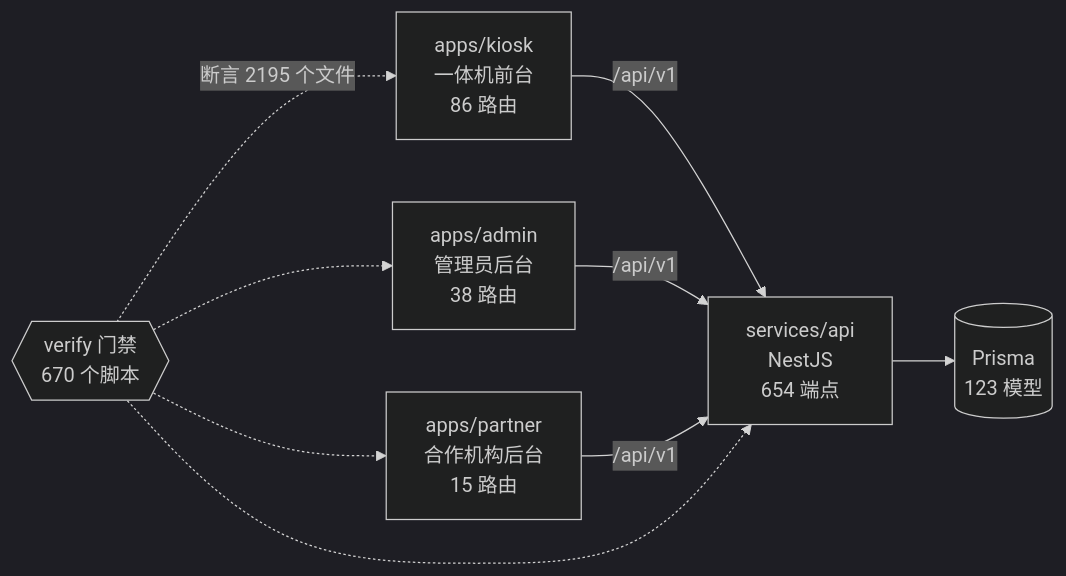
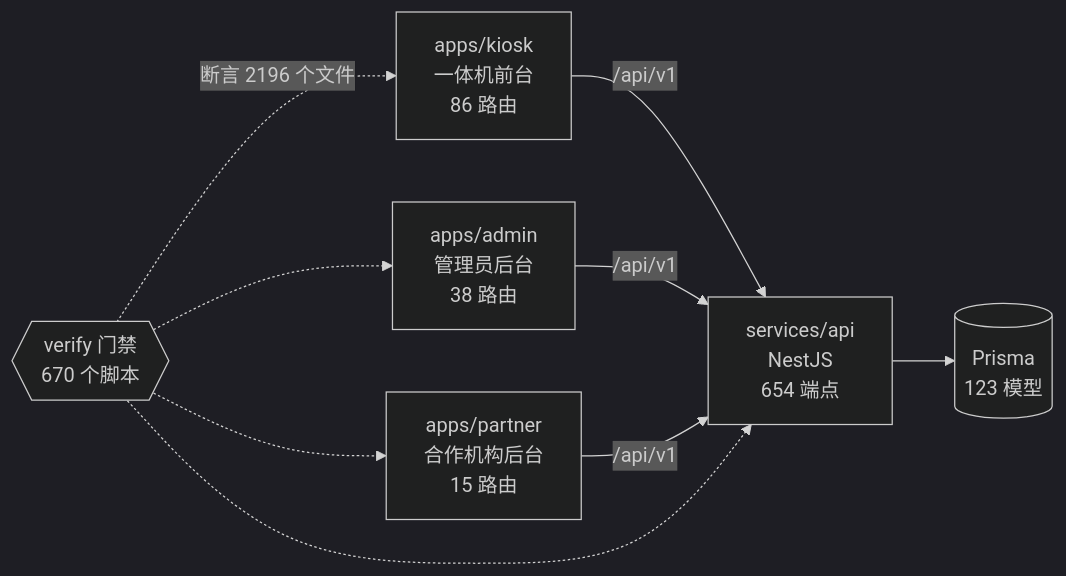
One commit to wanglei581/YITIJI changed the diagram in docs/graph/README.md. Above: the diagram before and after it, drawn with Mermaid (dark theme). The commit also changed other lines of this file and 58 other files, not shown here.

````diff
--- a/docs/graph/README.md
+++ b/docs/graph/README.md
@@ -68,18 +68,18 @@
 ```mermaid
 flowchart LR
   kiosk["apps/kiosk<br/>一体机前台<br/>86 路由"]
   admin["apps/admin<br/>管理员后台<br/>38 路由"]
   partner["apps/partner<br/>合作机构后台<br/>15 路由"]
   api["services/api<br/>NestJS<br/>654 端点"]
   db[("Prisma<br/>123 模型")]
   gates{{"verify 门禁<br/>670 个脚本"}}
 
   kiosk -->|"/api/v1"| api
   admin -->|"/api/v1"| api
   partner -->|"/api/v1"| api
   api --> db
-  gates -.->|"断言 2195 个文件"| kiosk
+  gates -.->|"断言 2196 个文件"| kiosk
   gates -.-> admin
   gates -.-> partner
   gates -.-> api
 ```
````
